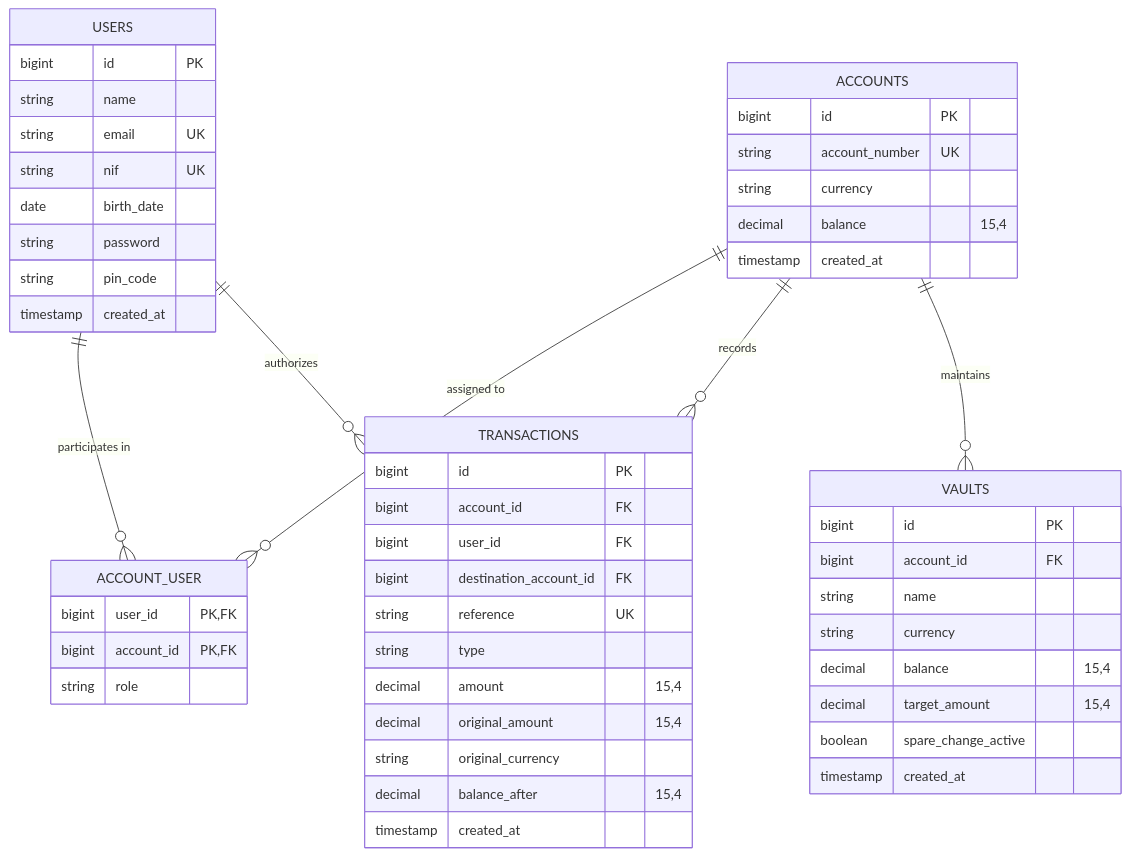
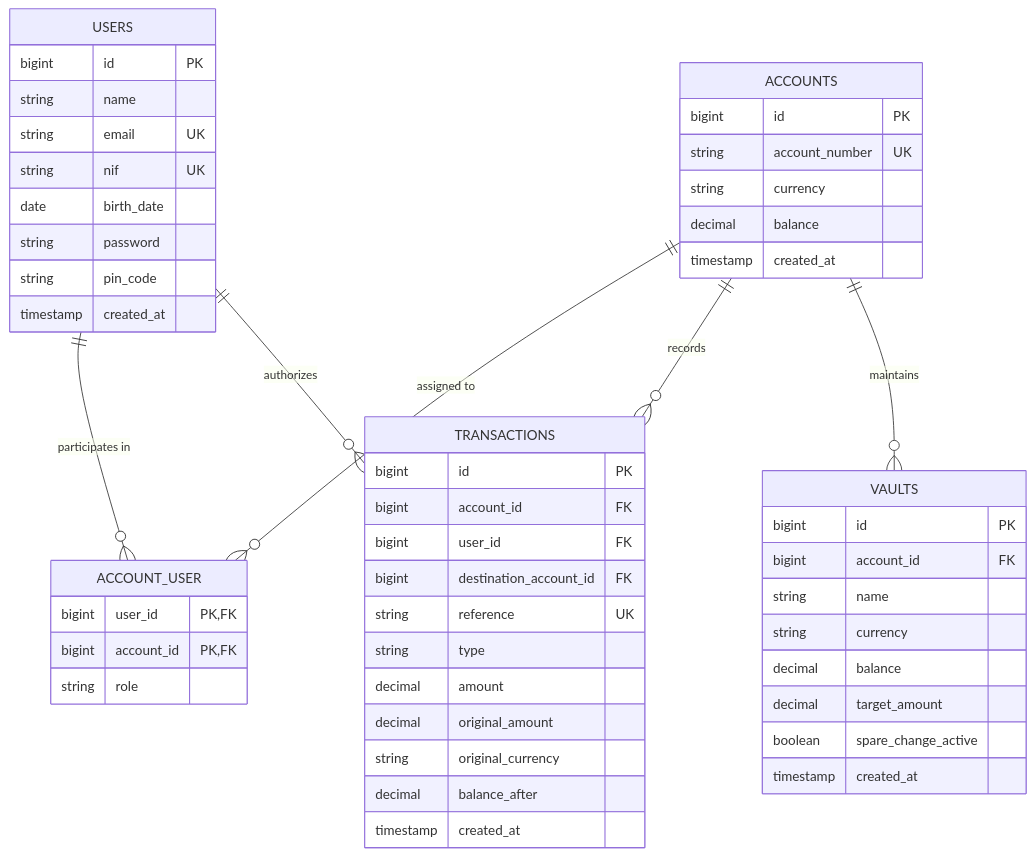
One commit to Afonsojlc/core-banking-api changed the diagram in README.md. Above: the diagram before and after it, drawn with Mermaid. The commit also changed other lines of this file, not shown here.

````diff
--- a/README.md
+++ b/README.md
@@ -61,58 +30,58 @@
 ```mermaid
 erDiagram
     USERS ||--o{ ACCOUNT_USER : "participates in"
     ACCOUNTS ||--o{ ACCOUNT_USER : "assigned to"
     ACCOUNTS ||--o{ TRANSACTIONS : "records"
     ACCOUNTS ||--o{ VAULTS : "maintains"
     USERS ||--o{ TRANSACTIONS : "authorizes"
 
     USERS {
         bigint id PK
         string name
         string email UK
         string nif UK
         date birth_date
         string password
         string pin_code
         timestamp created_at
     }
 
     ACCOUNTS {
         bigint id PK
         string account_number UK
         string currency
-        decimal balance "15,4"
+        decimal balance
         timestamp created_at
     }
 
     ACCOUNT_USER {
         bigint user_id PK,FK
         bigint account_id PK,FK
         string role
     }
 
     TRANSACTIONS {
         bigint id PK
         bigint account_id FK
         bigint user_id FK
         bigint destination_account_id FK
         string reference UK
         string type
-        decimal amount "15,4"
-        decimal original_amount "15,4"
+        decimal amount
+        decimal original_amount
         string original_currency
-        decimal balance_after "15,4"
+        decimal balance_after
         timestamp created_at
     }
 
     VAULTS {
         bigint id PK
         bigint account_id FK
         string name
         string currency
-        decimal balance "15,4"
-        decimal target_amount "15,4"
+        decimal balance
+        decimal target_amount
         boolean spare_change_active
         timestamp created_at
     }
 ```
````
